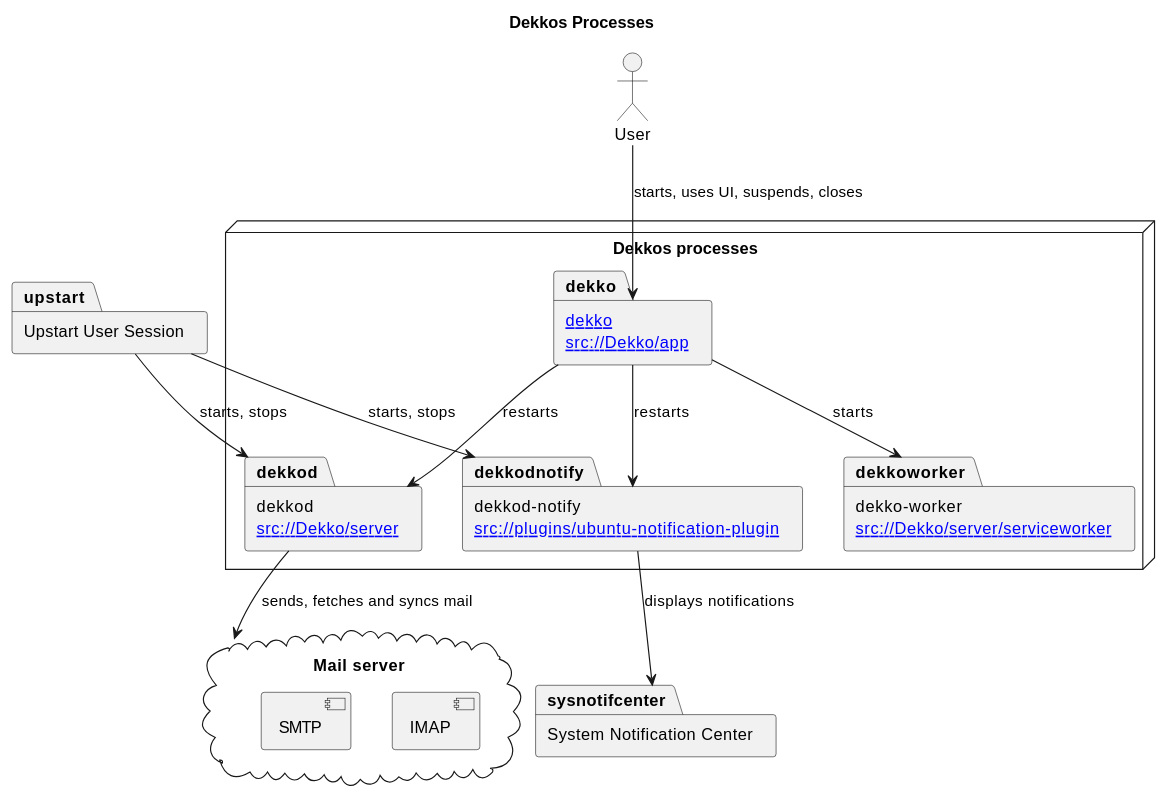
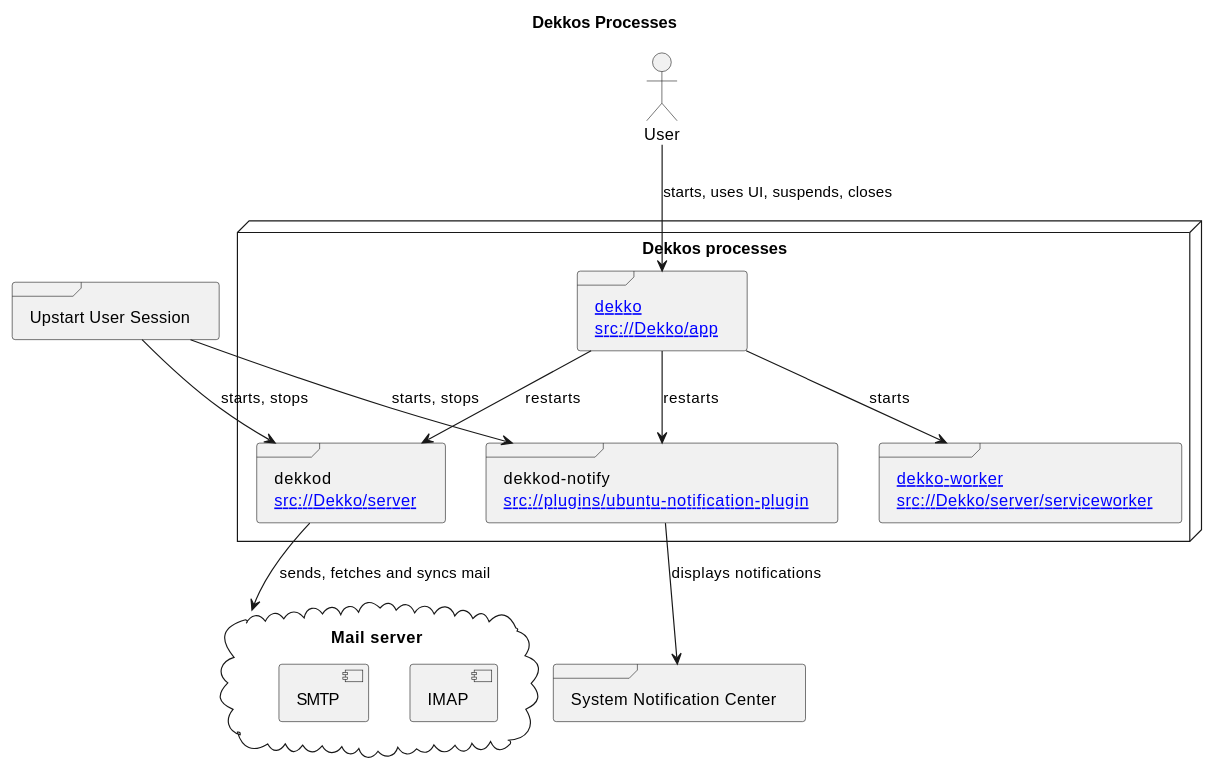
One commit to sageteadev/sagetea-mail changed the diagram in docs/arch_processes.md. Above: the diagram before and after it, drawn with PlantUML. The commit also changed 8 other files, not shown here.

```diff
--- a/docs/arch_processes.md
+++ b/docs/arch_processes.md
@@ -4,41 +4,41 @@
 @startuml{processes.svg}
 
 title Dekkos Processes
 
 node "Dekkos processes" {
 
-    package "[[architecture_dekko.html dekko]]\n[[https://gitlab.com/dekkan/dekko/-/tree/master/Dekko/app src://Dekko/app]]" as dekko {
+    frame "[[architecture_dekko.html dekko]]\n[[https://gitlab.com/dekkan/dekko/-/tree/master/Dekko/app src://Dekko/app]]" as dekko {
     }
 
-    package "dekko-worker\n[[https://gitlab.com/dekkan/dekko/-/tree/master/Dekko/server/serviceworker src://Dekko/server/serviceworker]]" as dekkoworker {
+    frame "[[architecture_dekko_worker.html dekko-worker]]\n[[https://gitlab.com/dekkan/dekko/-/tree/master/Dekko/server/serviceworker src://Dekko/server/serviceworker]]" as dekkoworker {
     }
  
-    package "dekkod\n[[https://gitlab.com/dekkan/dekko/-/tree/master/Dekko/server src://Dekko/server]]" as dekkod {
+    frame "dekkod\n[[https://gitlab.com/dekkan/dekko/-/tree/master/Dekko/server src://Dekko/server]]" as dekkod {
     } 
 
-    package "dekkod-notify\n[[https://gitlab.com/dekkan/dekko/-/tree/master/plugins/ubuntu-notification-plugin src://plugins/ubuntu-notification-plugin]]" as dekkodnotify {
+    frame "dekkod-notify\n[[https://gitlab.com/dekkan/dekko/-/tree/master/plugins/ubuntu-notification-plugin src://plugins/ubuntu-notification-plugin]]" as dekkodnotify {
     }
 }
 
-package "Upstart User Session" as upstart {
+frame "Upstart User Session" as upstart {
 }
 
-package "System Notification Center" as sysnotifcenter {
+frame "System Notification Center" as sysnotifcenter {
 }
 
 cloud "Mail server" as mailserver{
     [IMAP]
     [SMTP]
 }
 
 
 :User: --> dekko : starts, uses UI, suspends, closes
 dekko --> dekkoworker : starts
 dekko --> dekkod : restarts
 dekko --> dekkodnotify : restarts
 upstart --> dekkod : starts, stops
 upstart --> dekkodnotify : starts, stops
 dekkod --> mailserver : sends, fetches and syncs mail
 dekkodnotify --> sysnotifcenter : displays notifications
 
 @enduml
```
